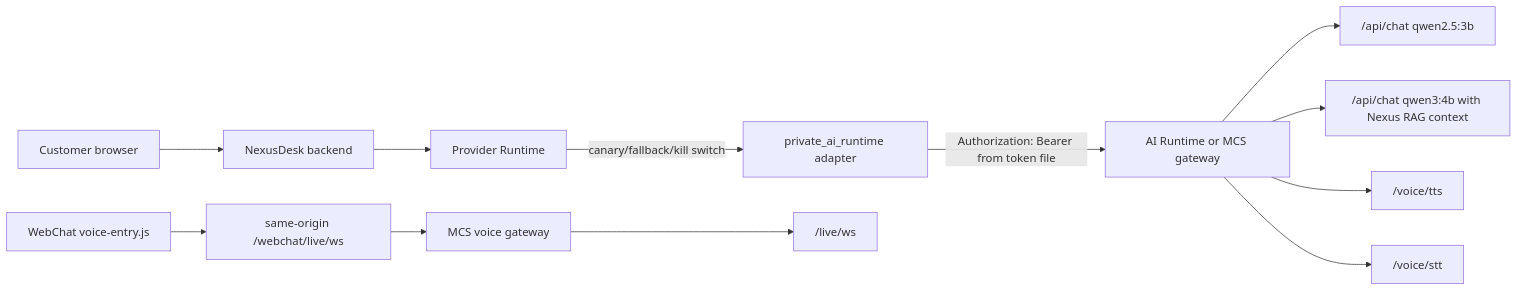
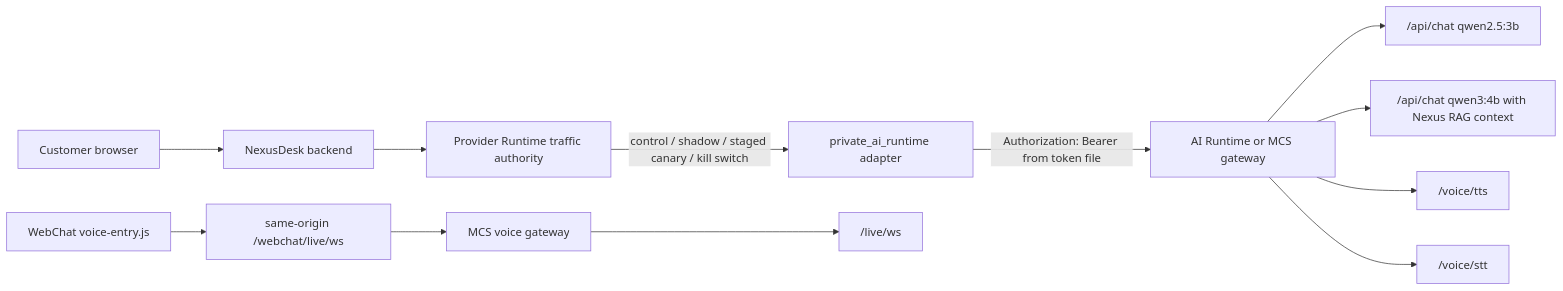
Before and after one commit to Maximvonshaft/nexus_helpdesk: the diagram in docs/ops/PRIVATE_AI_RUNTIME_ROLLOUT_RUNBOOK.md, drawn with Mermaid. The commit also changed other lines of this file, not shown here.

Commit message:
docs(provider): align rollout with deterministic traffic authority

````diff
--- a/docs/ops/PRIVATE_AI_RUNTIME_ROLLOUT_RUNBOOK.md
+++ b/docs/ops/PRIVATE_AI_RUNTIME_ROLLOUT_RUNBOOK.md
@@ -7,14 +7,14 @@
 ```mermaid
 flowchart LR
   visitor["Customer browser"] --> nexus["NexusDesk backend"]
-  nexus --> pr["Provider Runtime"]
-  pr -->|"canary/fallback/kill switch"| private_ai["private_ai_runtime adapter"]
+  nexus --> pr["Provider Runtime traffic authority"]
+  pr -->|"control / shadow / staged canary / kill switch"| private_ai["private_ai_runtime adapter"]
   private_ai -->|"Authorization: Bearer from token file"| ai["AI Runtime or MCS gateway"]
   ai --> direct["/api/chat qwen2.5:3b"]
   ai --> rag["/api/chat qwen3:4b with Nexus RAG context"]
   ai --> tts["/voice/tts"]
   ai --> stt["/voice/stt"]
   browser_voice["WebChat voice-entry.js"] --> edge["same-origin /webchat/live/ws"]
   edge --> voice_gateway["MCS voice gateway"]
   voice_gateway --> live_ws["/live/ws"]
 ```
````
